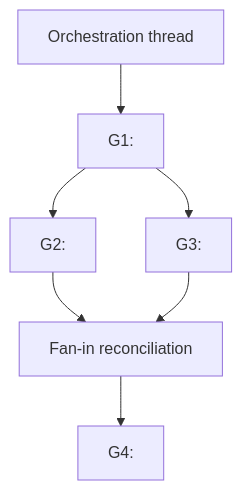
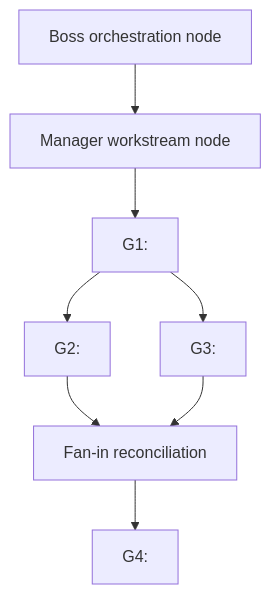
Before and after one commit to RaFoyer/repo-agent-harness-builder: the diagram in skills/repo-agent-harness-builder/assets/templates/repo-harness/docs/templates/goal-chain/implementation-goal-graph.md, drawn with Mermaid. The commit also changed other lines of this file and 56 other files, not shown here.

````diff
--- a/skills/repo-agent-harness-builder/assets/templates/repo-harness/docs/templates/goal-chain/implementation-goal-graph.md
+++ b/skills/repo-agent-harness-builder/assets/templates/repo-harness/docs/templates/goal-chain/implementation-goal-graph.md
@@ -40,9 +46,10 @@
 ```mermaid
 flowchart TD
-  O["Orchestration thread"] --> G1["G1: <contract or prerequisite>"]
-  G1 --> G2["G2: <parallel node>"]
-  G1 --> G3["G3: <parallel node>"]
+  O["Boss orchestration node"] --> M["Manager workstream node"]
+  M --> G1["G1: <contract or prerequisite>"]
+  G1 --> G2["G2: <parallel Worker>"]
+  G1 --> G3["G3: <parallel Worker>"]
   G2 --> F["Fan-in reconciliation"]
   G3 --> F
   F --> G4["G4: <dependent validation>"]
 ```
````
